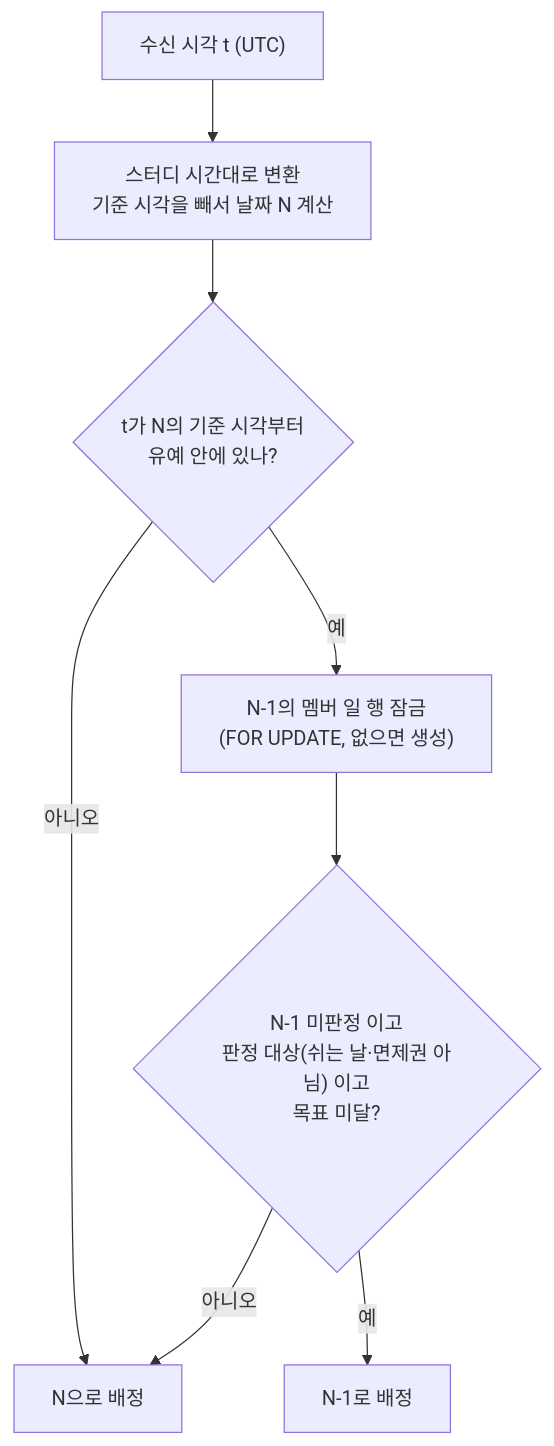
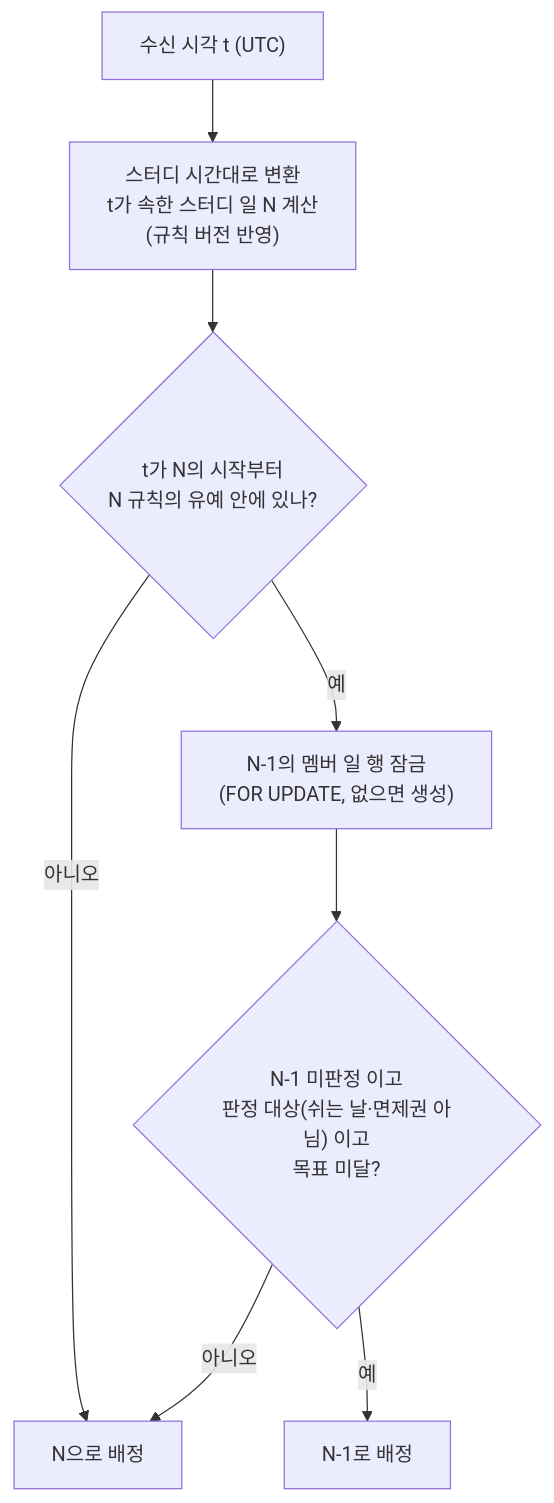
Before and after one commit to Duskafka/codingtest-harness: the diagram in docs/spec/processes/5.05-study-day-assignment.md, drawn with Mermaid. The commit also changed other lines of this file and 11 other files, not shown here.

````diff
--- a/docs/spec/processes/5.05-study-day-assignment.md
+++ b/docs/spec/processes/5.05-study-day-assignment.md
@@ -5,10 +5,10 @@
 ```mermaid
 flowchart TD
-    A["수신 시각 t (UTC)"] --> B["스터디 시간대로 변환<br/>기준 시각을 빼서 날짜 N 계산"]
-    B --> C{"t가 N의 기준 시각부터<br/>유예 안에 있나?"}
+    A["수신 시각 t (UTC)"] --> B["스터디 시간대로 변환<br/>t가 속한 스터디 일 N 계산<br/>(규칙 버전 반영)"]
+    B --> C{"t가 N의 시작부터<br/>N 규칙의 유예 안에 있나?"}
     C -->|" 아니오 "| Z["N으로 배정"]
     C -->|" 예 "| D["N-1의 멤버 일 행 잠금<br/>(FOR UPDATE, 없으면 생성)"]
     D --> E{"N-1 미판정 이고<br/>판정 대상(쉬는 날·면제권 아님) 이고<br/>목표 미달?"}
     E -->|" 예 "| Y["N-1로 배정"]
     E -->|" 아니오 "| Z
 ```
````
